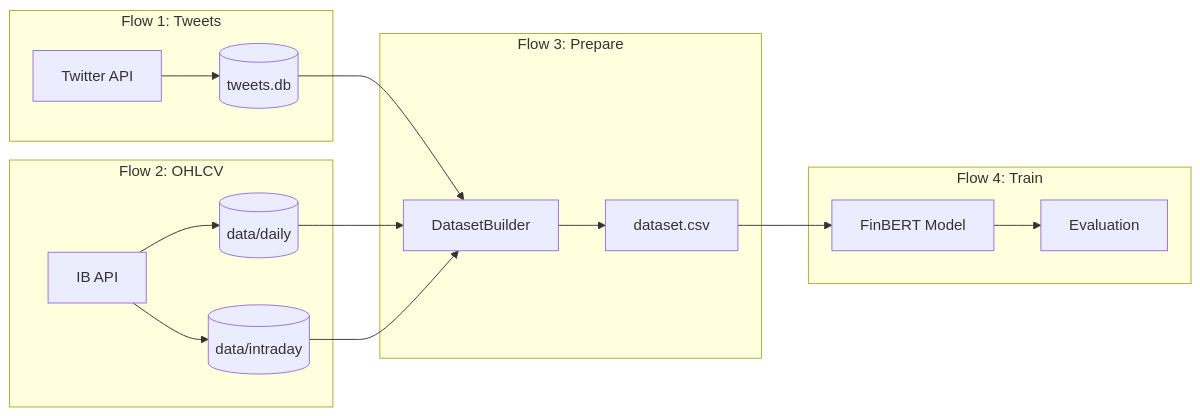
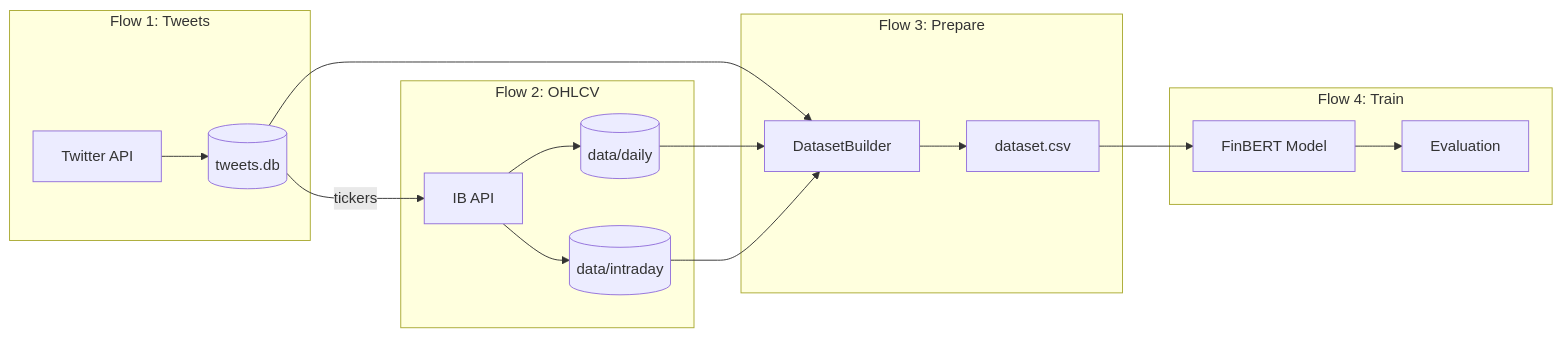
Before and after one commit to michaelzus/FinTweet-ML: the first of 2 diagrams in README.md, drawn with Mermaid. The commit also changed 1 other file, not shown here.

Commit message:
docs: Update flow diagrams in README and architecture documentation
- Revised flow diagrams in README.md and ARCHITECTURE.md to clarify the data flow between TweetDB and the Interactive Brokers API.
- Enhanced documentation to accurately represent the updated structure of the OHLCV collection process, improving overall clarity and user understanding.

````diff
--- a/README.md
+++ b/README.md
@@ -39,23 +39,24 @@
 ```mermaid
 flowchart LR
     subgraph Flow1[Flow 1: Tweets]
         Twitter[Twitter API] --> TweetDB[(tweets.db)]
     end
     
     subgraph Flow2[Flow 2: OHLCV]
-        IB[IB API] --> DailyCache[(data/daily)]
+        TweetDB --> |tickers| IB[IB API]
+        IB --> DailyCache[(data/daily)]
         IB --> IntradayCache[(data/intraday)]
     end
     
     subgraph Flow3[Flow 3: Prepare]
         TweetDB --> Builder[DatasetBuilder]
         DailyCache --> Builder
         IntradayCache --> Builder
         Builder --> Dataset[dataset.csv]
     end
     
     subgraph Flow4[Flow 4: Train]
         Dataset --> Model[FinBERT Model]
         Model --> Eval[Evaluation]
     end
 ```
````
